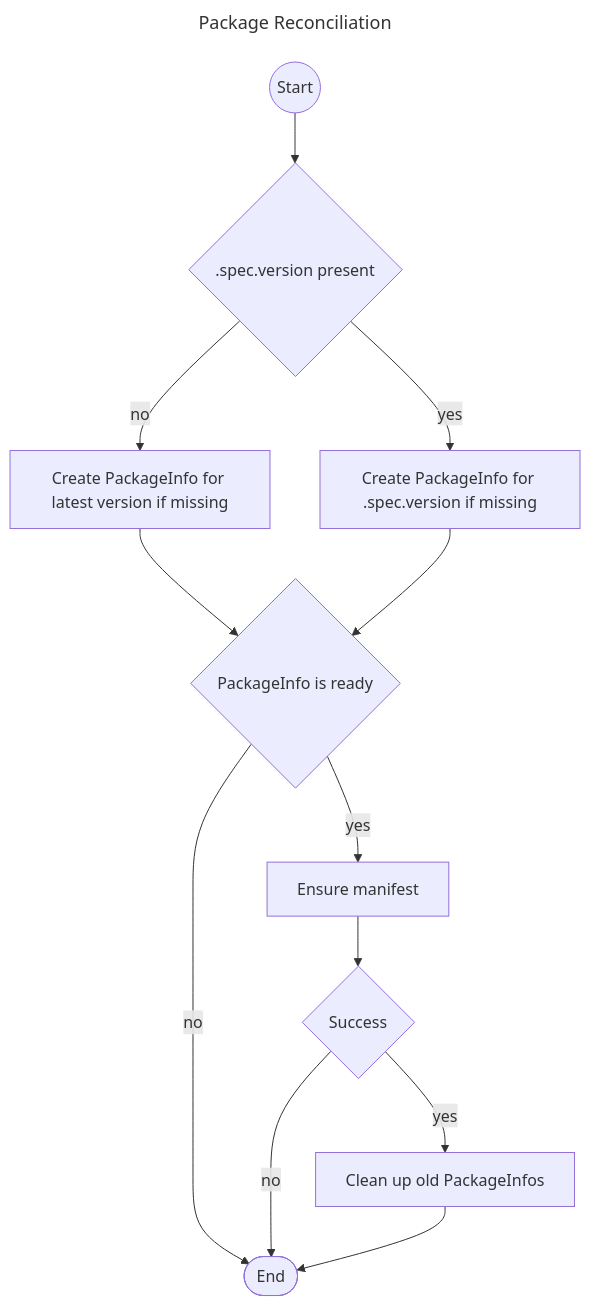
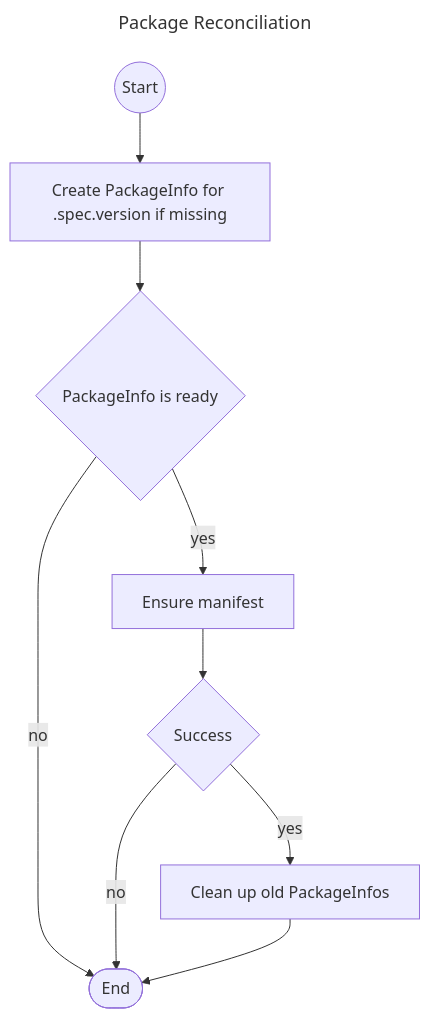
Before and after one commit to glasskube/glasskube: the first of 2 diagrams in website/docs/03_components/02_package-operator.md, drawn with Mermaid. The commit also changed other lines of this file and 17 other files, not shown here.

Commit message:
feat: mandatory package version (#341)

````diff
--- a/website/docs/03_components/02_package-operator.md
+++ b/website/docs/03_components/02_package-operator.md
@@ -26,27 +24,22 @@
 ```mermaid
 ---
 title: Package Reconciliation
 ---
 flowchart TB
   start((Start))
-  pinned{.spec.version present}
   ensurePinned[Create PackageInfo for .spec.version if missing]
-  ensureLatest[Create PackageInfo for latest version if missing]
   ready{PackageInfo is ready}
   ensureManifest[Ensure manifest]
   ensureManifestOk{Success}
   cleanup[Clean up old PackageInfos]
   end1([End])
 
-  start --> pinned
-  pinned -- yes --> ensurePinned
-  pinned -- no --> ensureLatest
-  ensureLatest --> ready
+  start --> ensurePinned
   ensurePinned --> ready
   ready -- yes --> ensureManifest
   ready -- no --> end1
   ensureManifest --> ensureManifestOk
   ensureManifestOk -- yes --> cleanup
   ensureManifestOk -- no --> end1
   cleanup --> end1
 ```
````
